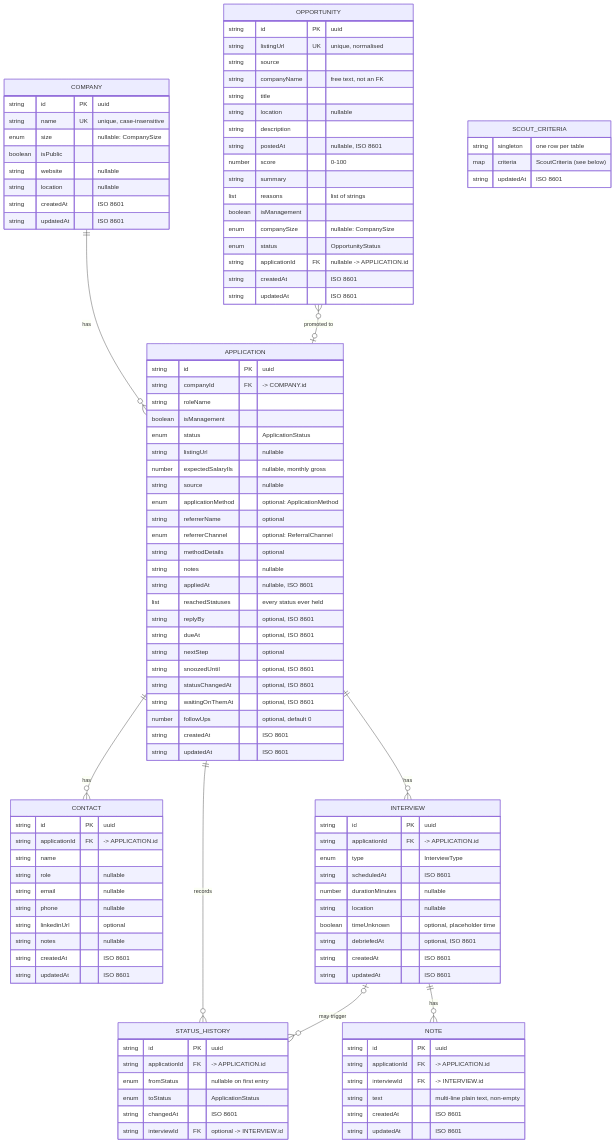
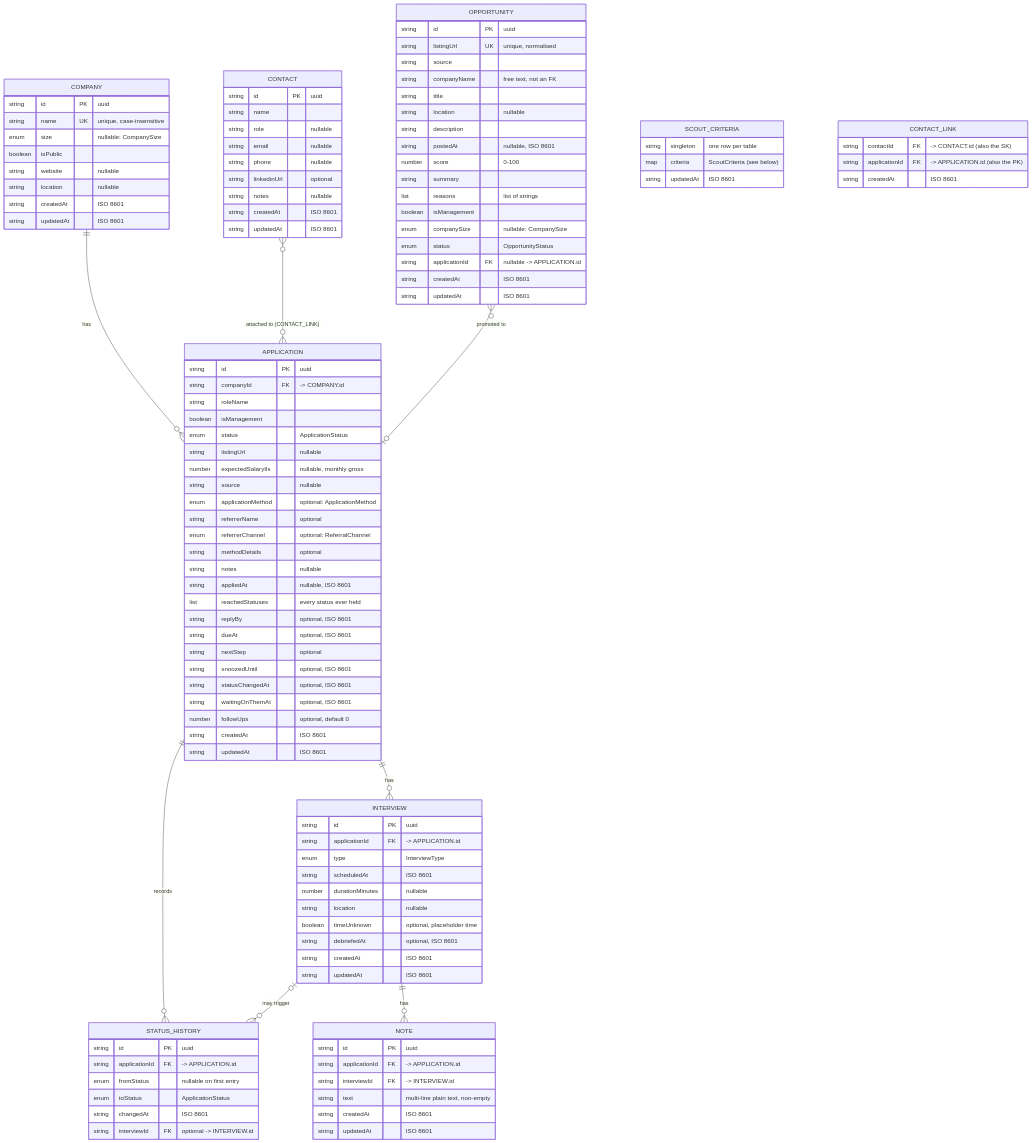
The first of 2 diagrams in docs/DATA-MODEL.md (shayyzhakov/job-tracker), drawn with Mermaid before and after one commit. The commit also changed other lines of this file and 49 other files, not shown here.

````diff
--- a/docs/DATA-MODEL.md
+++ b/docs/DATA-MODEL.md
@@ -12,7 +12,7 @@
 ```mermaid
 erDiagram
     COMPANY ||--o{ APPLICATION : "has"
-    APPLICATION ||--o{ CONTACT : "has"
+    CONTACT }o--o{ APPLICATION : "attached to (CONTACT_LINK)"
     APPLICATION ||--o{ INTERVIEW : "has"
     APPLICATION ||--o{ STATUS_HISTORY : "records"
     INTERVIEW |o--o{ STATUS_HISTORY : "may trigger"
@@ -60,9 +60,14 @@
         string updatedAt "ISO 8601"
     }
 
+    CONTACT_LINK {
+        string contactId FK "-> CONTACT.id (also the SK)"
+        string applicationId FK "-> APPLICATION.id (also the PK)"
+        string createdAt "ISO 8601"
+    }
+
     CONTACT {
         string id PK "uuid"
-        string applicationId FK "-> APPLICATION.id"
         string name
         string role "nullable"
         string email "nullable"
````
